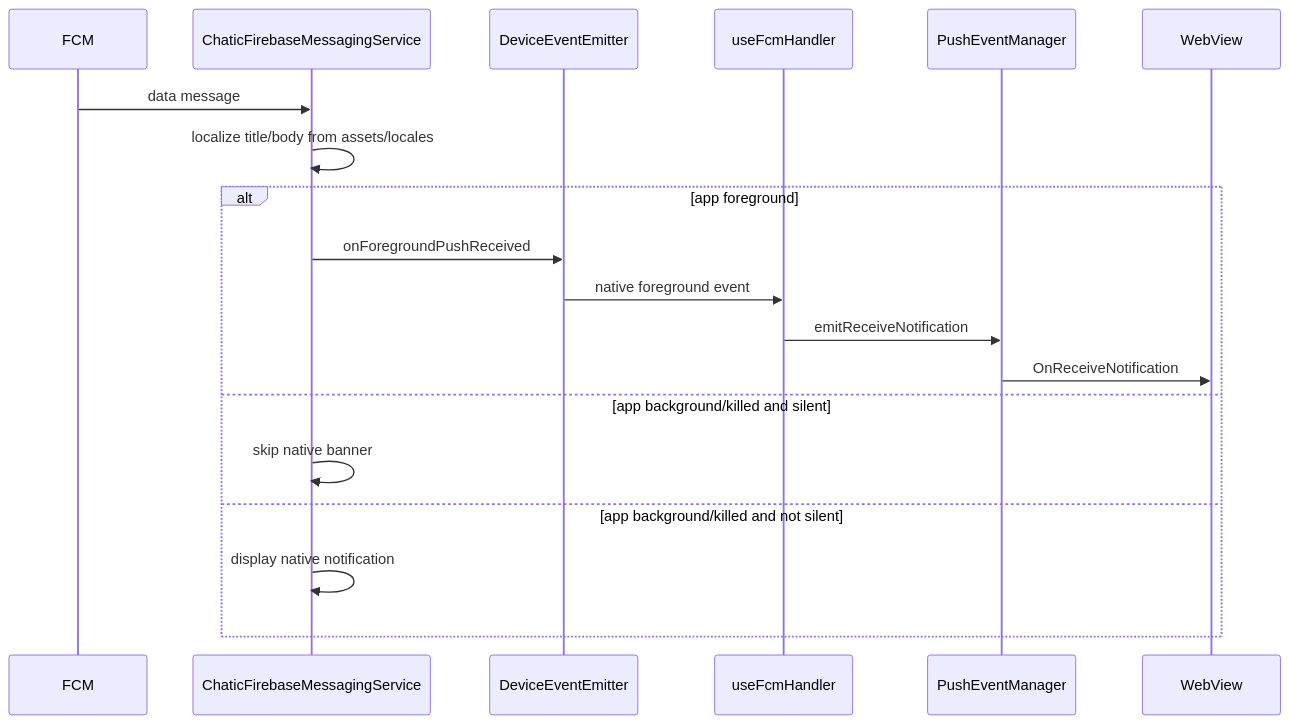
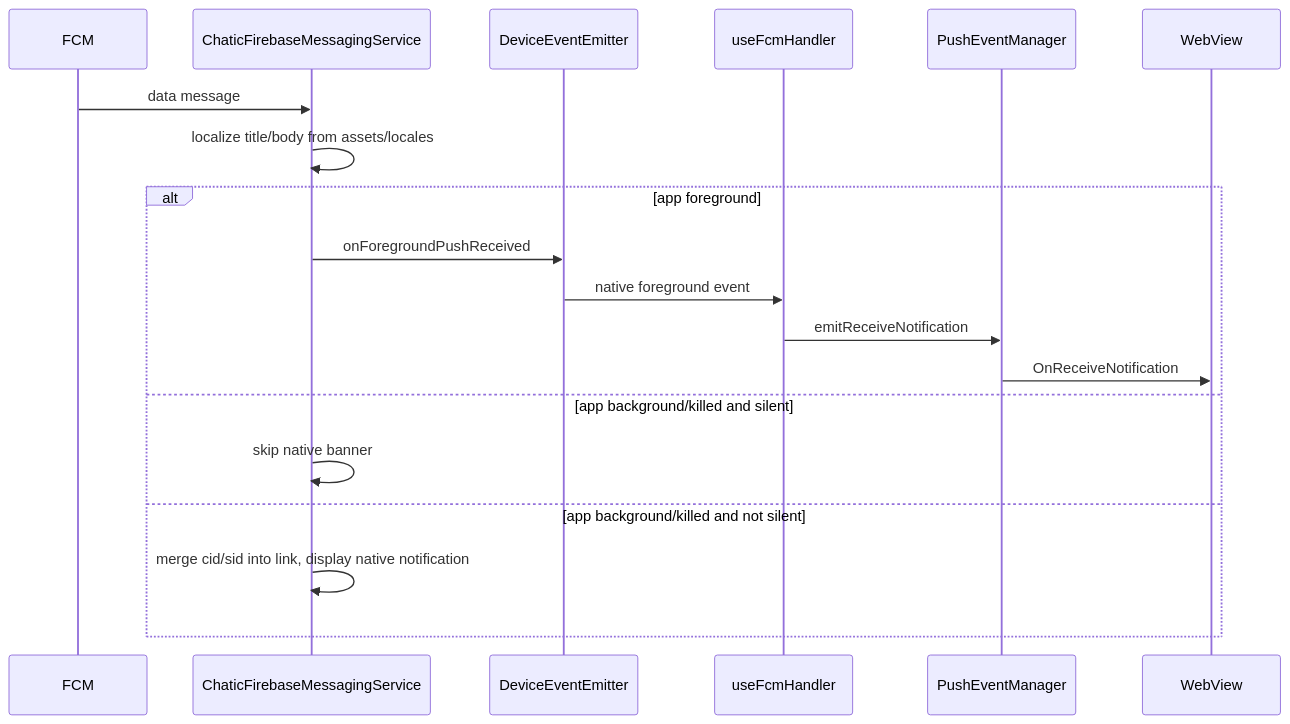
The second of 4 diagrams in apps/mobile/docs/push.md (lemoncloud-io/dou-app), drawn with Mermaid before and after one commit. The commit also changed other lines of this file and 7 other files, not shown here.

First line of the commit message:
feat(mobile/push): route notification taps to WebView via OnNavigate with cid/sid

````diff
--- a/apps/mobile/docs/push.md
+++ b/apps/mobile/docs/push.md
@@ -60,22 +65,22 @@
 ```mermaid
 sequenceDiagram
     participant FCM as FCM
     participant Native as ChaticFirebaseMessagingService
     participant JS as DeviceEventEmitter
     participant Handler as useFcmHandler
     participant Broker as PushEventManager
     participant Web as WebView
 
     FCM->>Native: data message
     Native->>Native: localize title/body from assets/locales
     alt app foreground
         Native->>JS: onForegroundPushReceived
         JS->>Handler: native foreground event
         Handler->>Broker: emitReceiveNotification
         Broker->>Web: OnReceiveNotification
     else app background/killed and silent
         Native->>Native: skip native banner
     else app background/killed and not silent
-        Native->>Native: display native notification
+        Native->>Native: merge cid/sid into link, display native notification
     end
 ```
````
